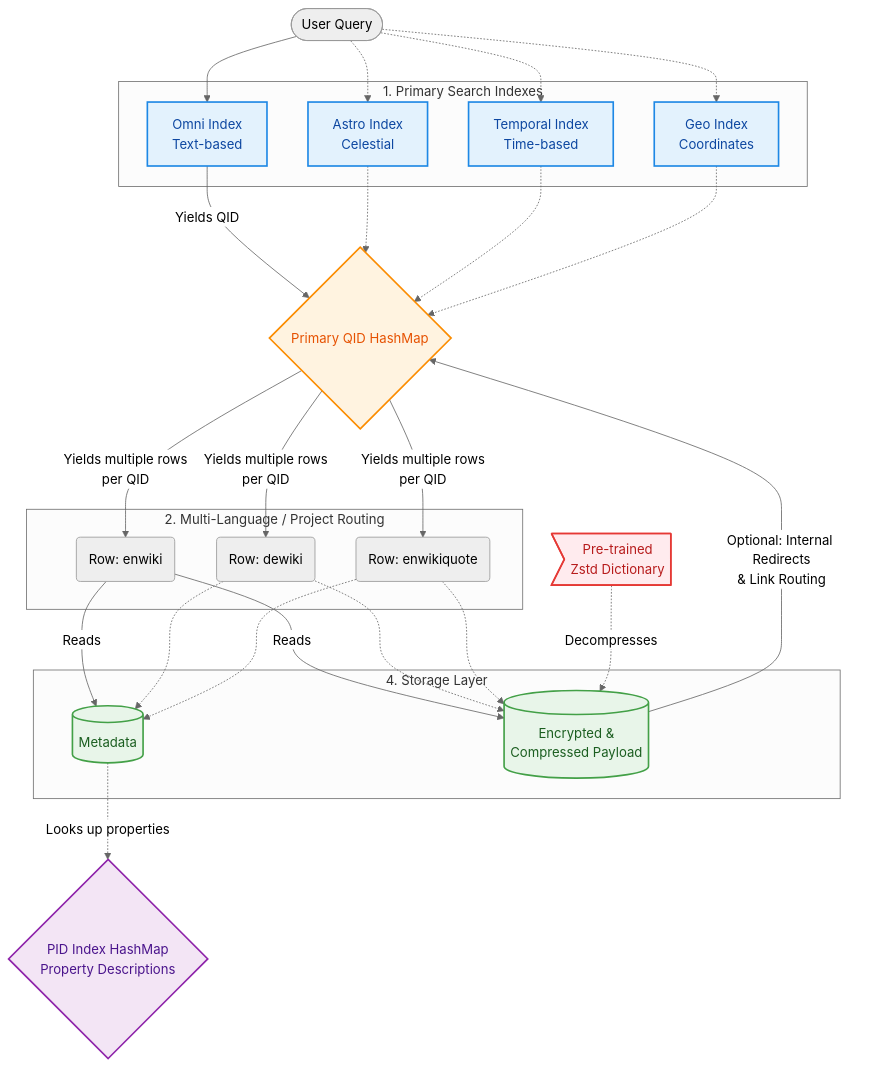
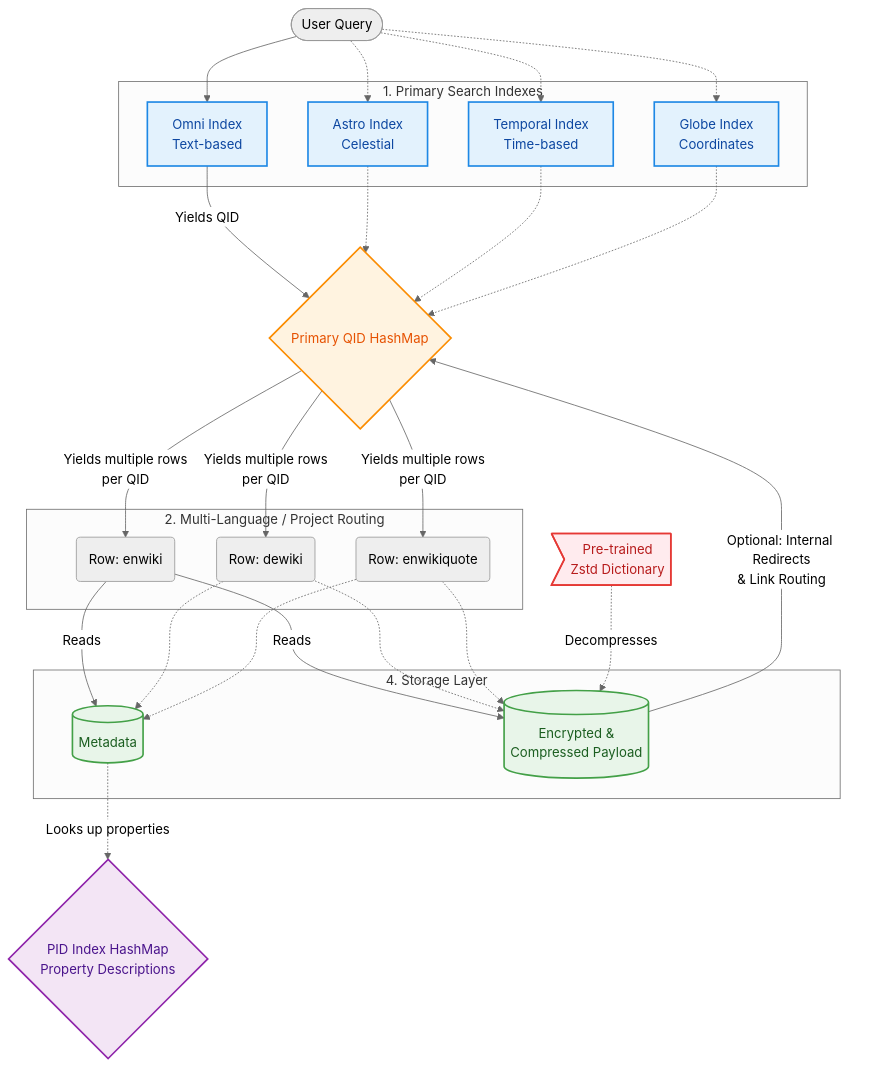
One commit to jmueller209/WIKI_PDA changed the diagram in README.md. Above: the diagram before and after it, drawn with Mermaid (neutral theme).

````diff
--- a/README.md
+++ b/README.md
@@ -16,56 +16,56 @@
 ```mermaid
 flowchart TD
     %% Color Palette Definition
     classDef search fill:#e3f2fd,stroke:#1e88e5,stroke-width:2px,color:#0d47a1
     classDef memory fill:#fff3e0,stroke:#fb8c00,stroke-width:2px,color:#e65100
     classDef storage fill:#e8f5e9,stroke:#43a047,stroke-width:2px,color:#1b5e20
     classDef meta fill:#f3e5f5,stroke:#8e24aa,stroke-width:2px,color:#4a148c
     classDef tool fill:#ffebee,stroke:#e53935,stroke-width:2px,color:#b71c1c
 
     User([User Query])
 
     subgraph Phase1 [1. Primary Search Indexes]
         OS[Omni Index<br>Text-based]:::search
         AS[Astro Index<br>Celestial]:::search
         TS[Temporal Index<br>Time-based]:::search
-        CS[Geo Index<br>Coordinates]:::search
+        CS[Globe Index<br>Coordinates]:::search
     end
 
     User --> OS
     User -.-> AS
     User -.-> TS
     User -.-> CS
 
     HM{Primary QID HashMap}:::memory
     
     OS -- Yields QID --> HM
     AS -.-> HM
     TS -.-> HM
     CS -.-> HM
 
     subgraph Phase2 [2. Multi-Language / Project Routing]
         R1(Row: enwiki)
         R2(Row: dewiki)
         R3(Row: enwikiquote)
     end
 
     HM -- Yields multiple rows<br>per QID --> R1 & R2 & R3
 
     subgraph Phase3 [4. Storage Layer]
         MD[(Metadata)]:::storage
         DAT[(Encrypted &<br>Compressed Payload)]:::storage
     end
 
     R1 -->|Reads| MD
     R1 -->|Reads| DAT
     R2 -.-> MD & DAT
     R3 -.-> MD & DAT
 
     PID{PID Index HashMap<br>Property Descriptions}:::meta
     MD -. Looks up properties .-> PID
 
     DAT -- Optional: Internal Redirects<br>& Link Routing --> HM
 
     ZDICT>Pre-trained<br>Zstd Dictionary]:::tool
     ZDICT -.->|Decompresses| DAT
 ```
````
